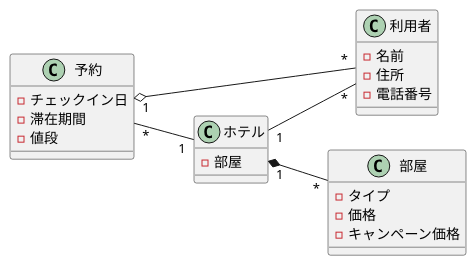
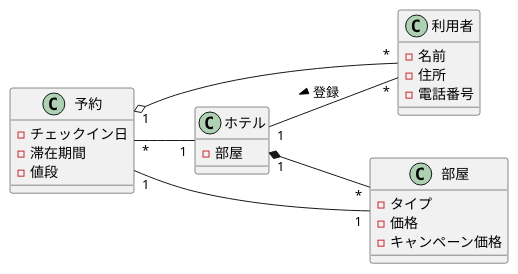
The diagram in 演習3-3_CL_ホテルと利用者と部屋と予約.pu (takumiTakahata/uml-introduction), drawn with PlantUML before and after one commit.

Commit message:
演習3-3修正

```diff
--- a/演習3-3_CL_ホテルと利用者と部屋と予約.pu
+++ b/演習3-3_CL_ホテルと利用者と部屋と予約.pu
@@ -1,25 +1,26 @@
 @startuml
 left to right direction
 class 利用者{
     -名前
     -住所
     -電話番号
 }
 class ホテル{
     -部屋
 }
 class 部屋{
     -タイプ
     -価格
     -キャンペーン価格
 }
 class 予約{
     -チェックイン日
     -滞在期間
     -値段
 }
 ホテル "1" *-- "*" 部屋
-ホテル "1" -- "*" 利用者
+ホテル "1" -- "*" 利用者 : 登録 <
 予約 "*" -- "1" ホテル 
 予約 "1" o-- "*" 利用者
+予約 "1" -- "1" 部屋
 @enduml
```
